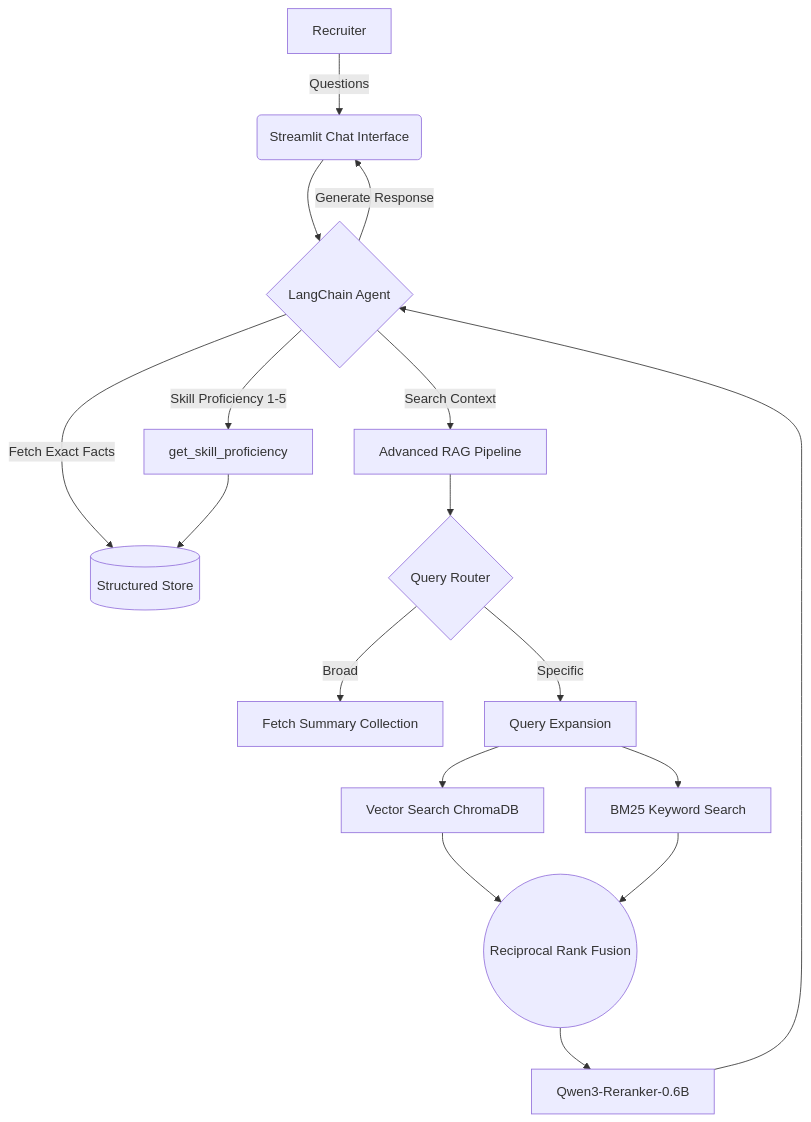
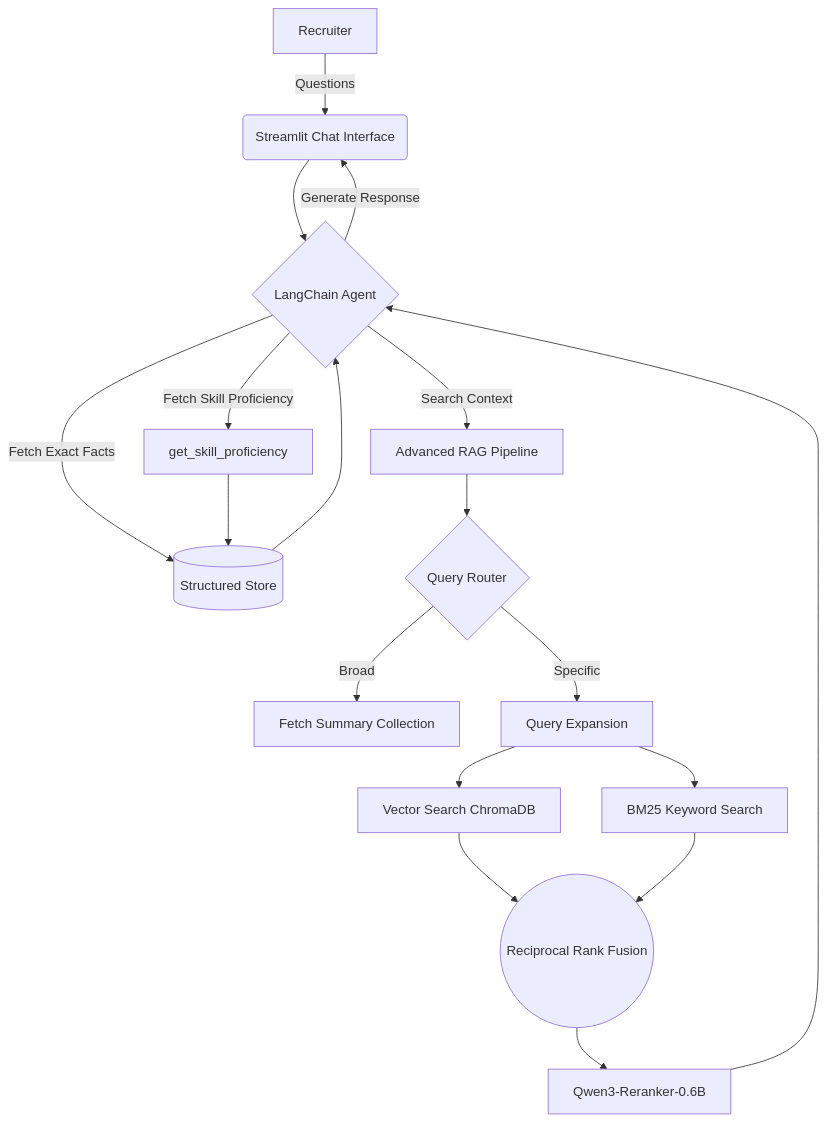
Before and after one commit to meirs10/candidate-ai-agent: the first of 2 diagrams in README.md, drawn with Mermaid. The commit also changed other lines of this file and 3 other files, not shown here.

````diff
--- a/README.md
+++ b/README.md
@@ -121,25 +121,26 @@
 ```mermaid
 graph TD;
     A[Recruiter] -->|Questions| B(Streamlit Chat Interface);
     B --> C{LangChain Agent};
     C -->|Fetch Exact Facts| D[(Structured Store)];
-    C -->|Skill Proficiency 1-5| P[get_skill_proficiency];
+    C -->|Fetch Skill Proficiency| P[get_skill_proficiency];
     C -->|Search Context| E[Advanced RAG Pipeline];
-
+    D --> C;
+    
     P --> D;
 
     E --> F{Query Router};
     F -->|Broad| G[Fetch Summary Collection];
     F -->|Specific| H[Query Expansion];
 
     H --> I[Vector Search ChromaDB];
     H --> J[BM25 Keyword Search];
 
     I --> K((Reciprocal Rank Fusion));
     J --> K;
 
     K --> L[Qwen3-Reranker-0.6B];
     L --> C;
 
     C -->|Generate Response| B;
 ```
````
